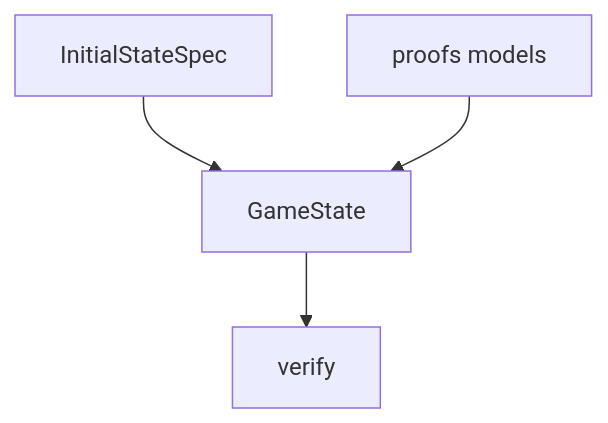
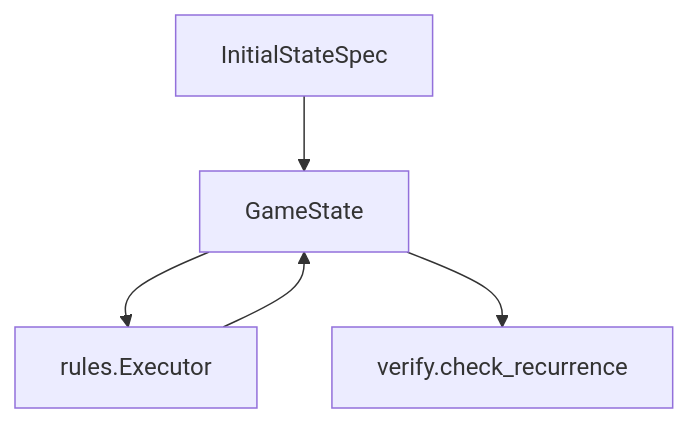
The diagram in src/mtg_loop_engine/state/README.md (witzbeck/mtg-loop-engine), drawn with Mermaid before and after one commit. The commit also changed other lines of this file and 65 other files, not shown here.

````diff
--- a/src/mtg_loop_engine/state/README.md
+++ b/src/mtg_loop_engine/state/README.md
@@ -9,6 +11,7 @@
 ```mermaid
 graph TB;
-  initial[InitialStateSpec] --> game[GameState];
-  game --> verify[verify];
-  proofs[proofs models] --> game;
+  spec[InitialStateSpec] --> game[GameState];
+  game --> executor[rules.Executor];
+  executor --> game;
+  game --> recurrence[verify.check_recurrence];
 ```
````
